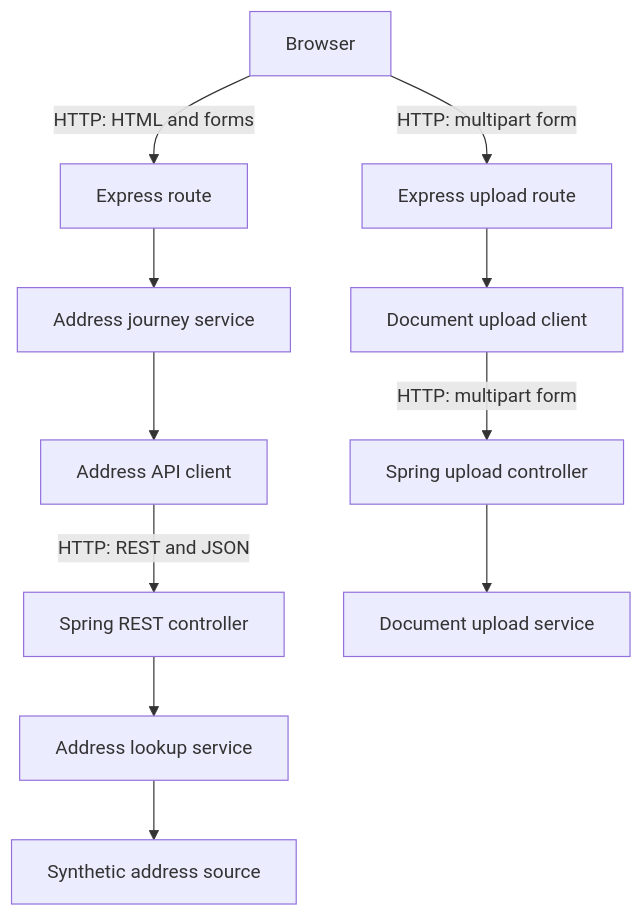
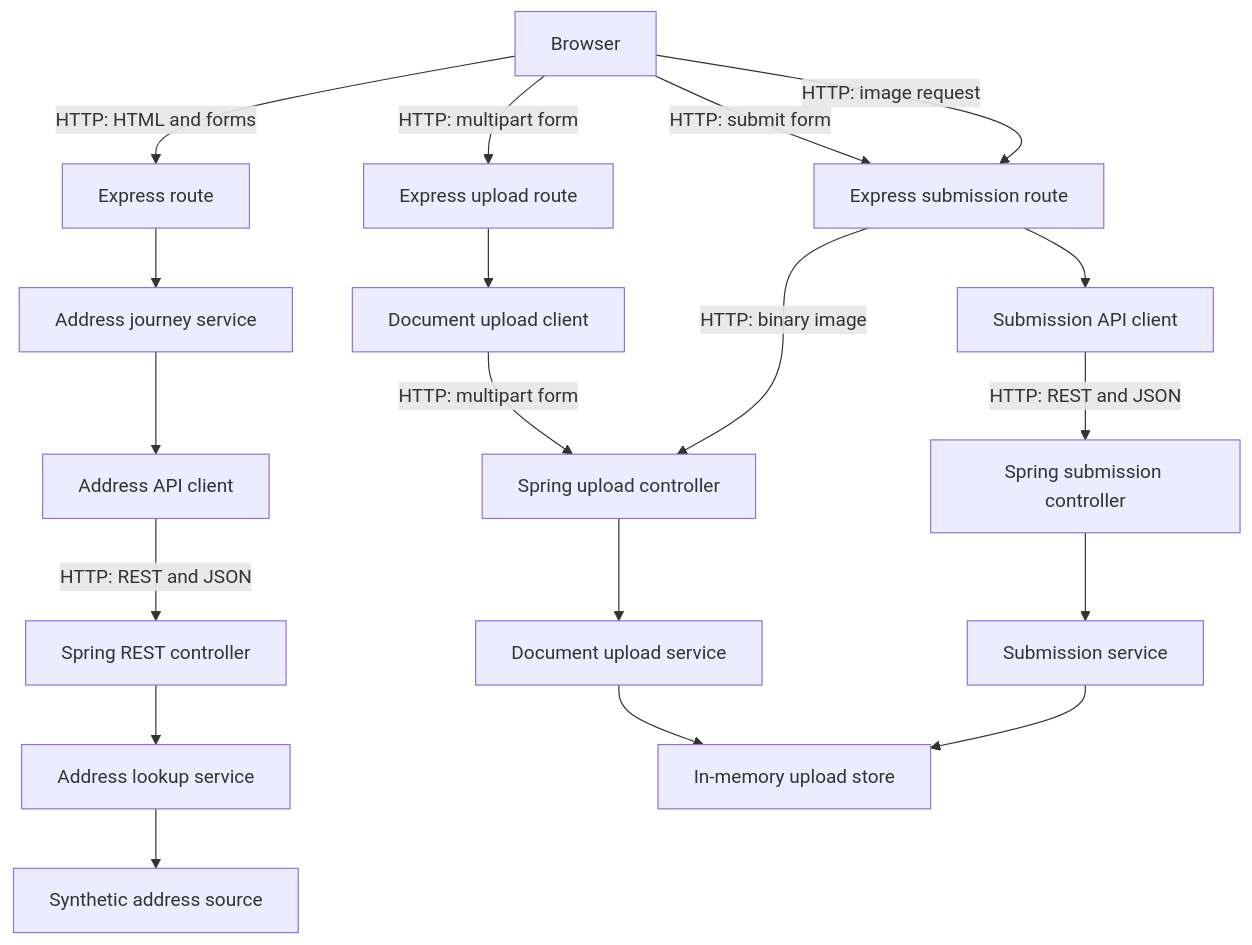
One commit to sopvkane/brightstart-training-service changed the first of 3 diagrams in docs/how-the-service-works.md. Above: the diagram before and after it, drawn with Mermaid. The commit also changed other lines of this file and 44 other files, not shown here.

````diff
--- a/docs/how-the-service-works.md
+++ b/docs/how-the-service-works.md
@@ -23,25 +23,38 @@
 ```mermaid
 flowchart TD
     Browser[Browser]
     FrontendRoute[Express route]
     JourneyService[Address journey service]
     ApiClient[Address API client]
     JavaController[Spring REST controller]
     LookupService[Address lookup service]
     SyntheticSource[Synthetic address source]
     UploadRoute[Express upload route]
     UploadClient[Document upload client]
     UploadController[Spring upload controller]
     UploadService[Document upload service]
+    UploadStore[In-memory upload store]
+    SubmissionRoute[Express submission route]
+    SubmissionClient[Submission API client]
+    SubmissionController[Spring submission controller]
+    SubmissionService[Submission service]
 
     Browser -->|HTTP: HTML and forms| FrontendRoute
     FrontendRoute --> JourneyService
     JourneyService --> ApiClient
     ApiClient -->|HTTP: REST and JSON| JavaController
     JavaController --> LookupService
     LookupService --> SyntheticSource
     Browser -->|HTTP: multipart form| UploadRoute
     UploadRoute --> UploadClient
     UploadClient -->|HTTP: multipart form| UploadController
     UploadController --> UploadService
+    UploadService --> UploadStore
+    Browser -->|HTTP: submit form| SubmissionRoute
+    SubmissionRoute --> SubmissionClient
+    SubmissionClient -->|HTTP: REST and JSON| SubmissionController
+    SubmissionController --> SubmissionService
+    SubmissionService --> UploadStore
+    Browser -->|HTTP: image request| SubmissionRoute
+    SubmissionRoute -->|HTTP: binary image| UploadController
 ```
````
